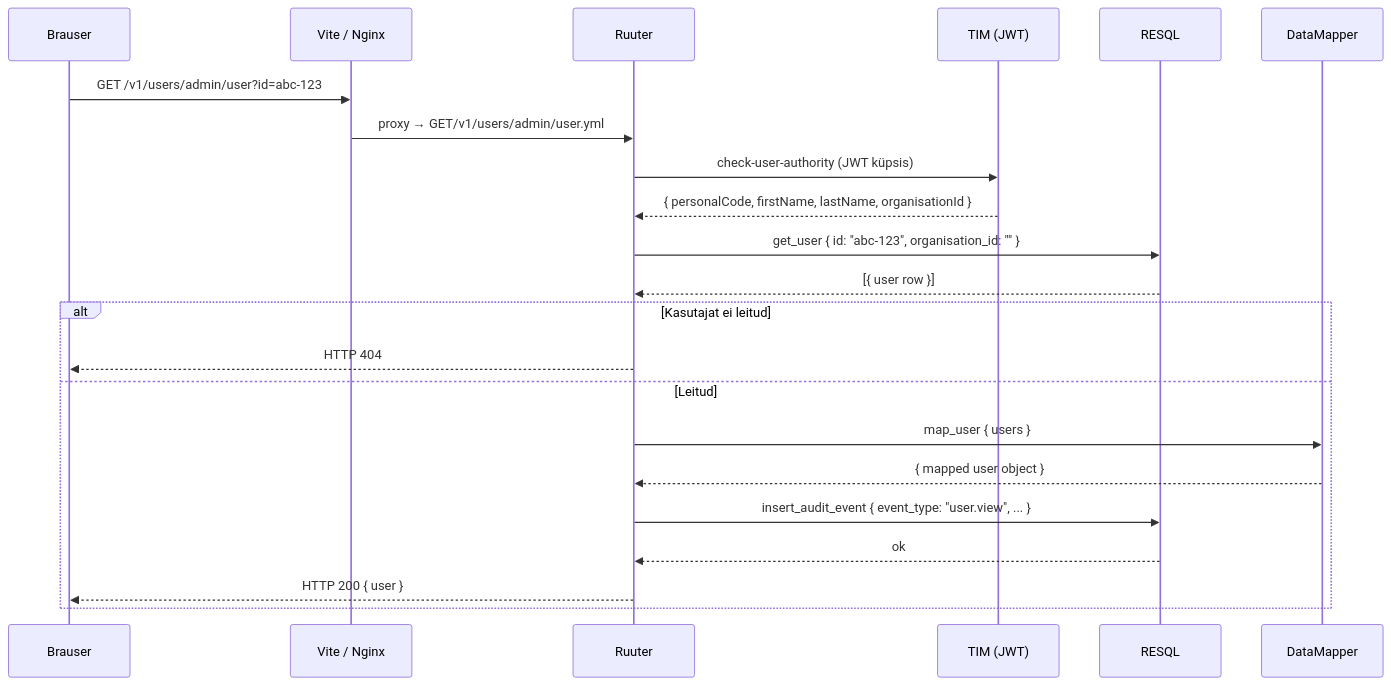
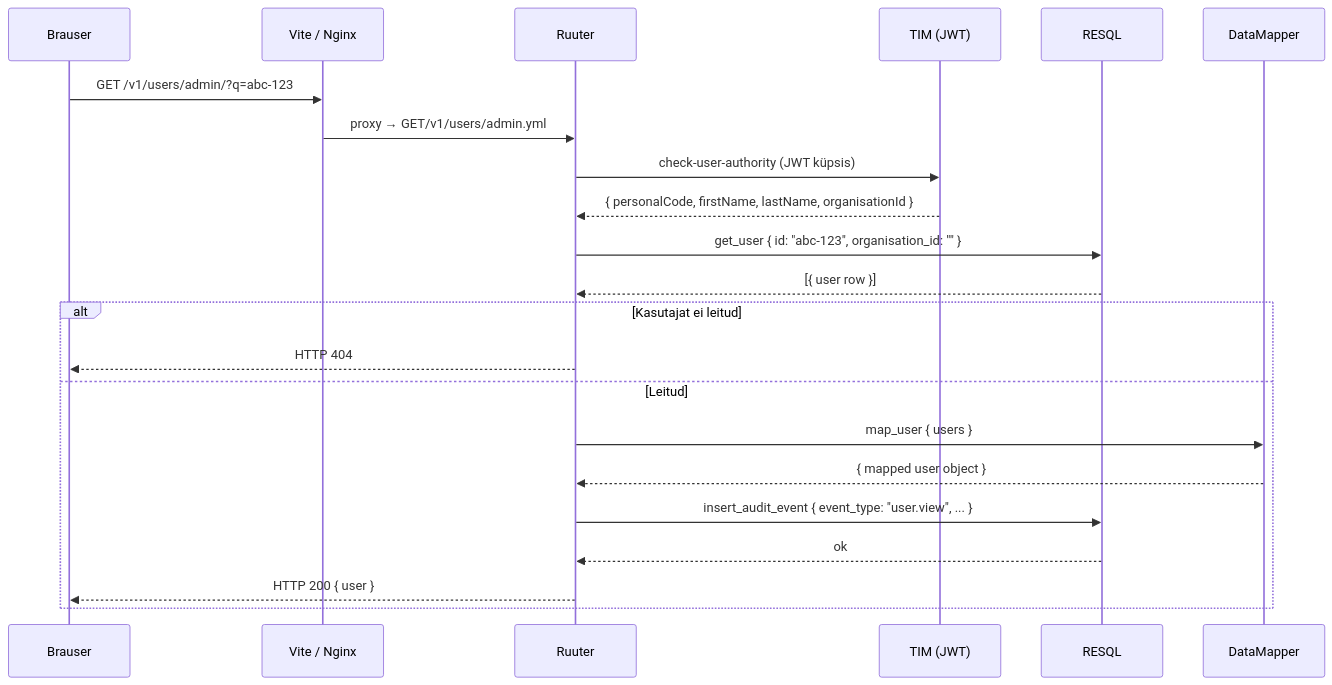
Before and after one commit to kemit-ee/ljvis-2: the first of 2 diagrams in docs/rest-api-design-guide.md, drawn with Mermaid. The commit also changed other lines of this file and 26 other files, not shown here.

````diff
--- a/docs/rest-api-design-guide.md
+++ b/docs/rest-api-design-guide.md
@@ -69,25 +70,25 @@
 ```mermaid
 sequenceDiagram
     participant B as Brauser
     participant V as Vite / Nginx
     participant R as Ruuter
     participant T as TIM (JWT)
     participant Q as RESQL
     participant M as DataMapper
 
-    B->>V: GET /v1/users/admin/user?id=abc-123
-    V->>R: proxy → GET/v1/users/admin/user.yml
+    B->>V: GET /v1/users/admin/?q=abc-123
+    V->>R: proxy → GET/v1/users/admin.yml
     R->>T: check-user-authority (JWT küpsis)
     T-->>R: { personalCode, firstName, lastName, organisationId }
     R->>Q: get_user { id: "abc-123", organisation_id: "" }
     Q-->>R: [{ user row }]
     alt Kasutajat ei leitud
         R-->>B: HTTP 404
     else Leitud
         R->>M: map_user { users }
         M-->>R: { mapped user object }
         R->>Q: insert_audit_event { event_type: "user.view", ... }
         Q-->>R: ok
         R-->>B: HTTP 200 { user }
     end
 ```
````
